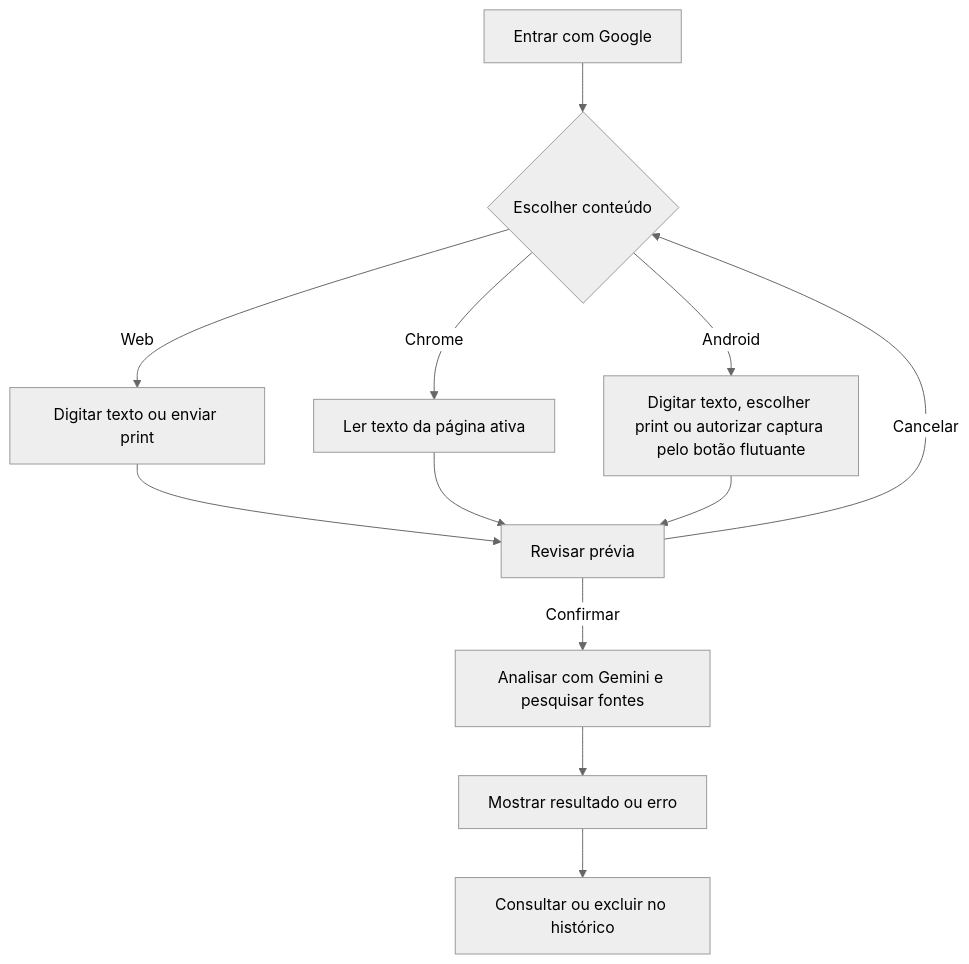
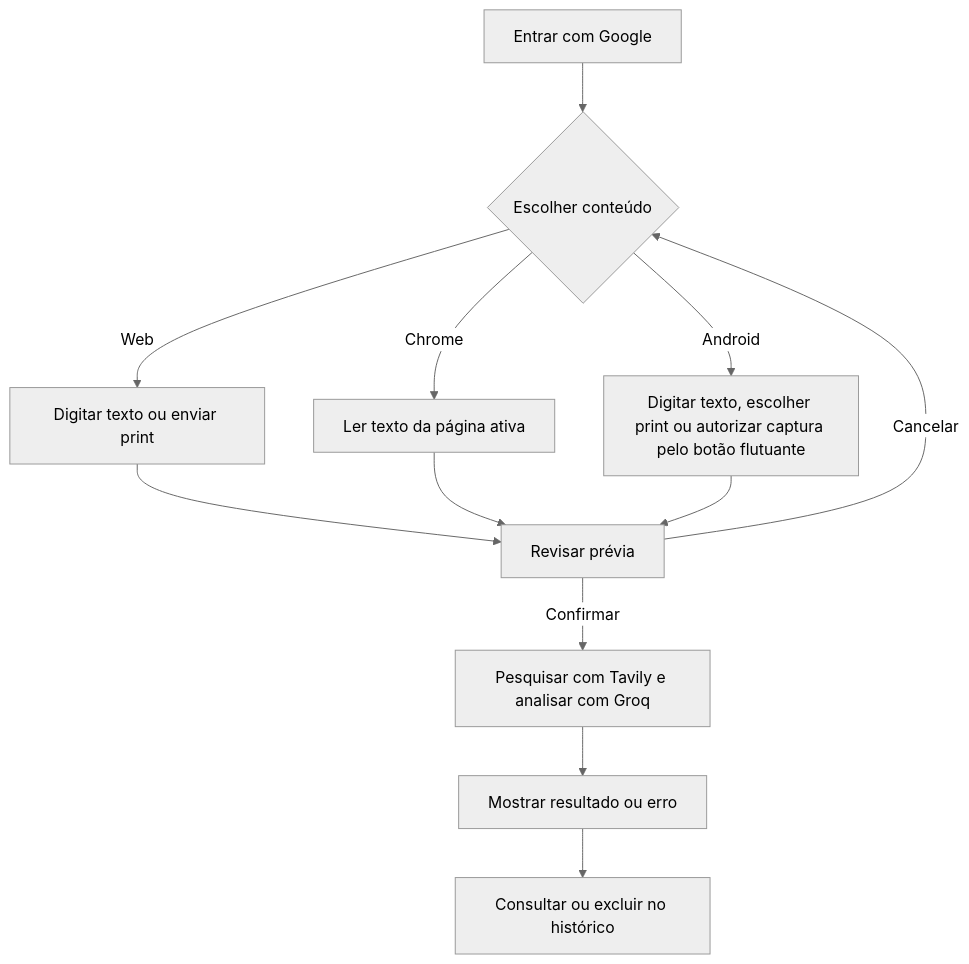
The diagram in docs/REQUISITOS_E_PROTOTIPAGEM.md (Muski360/AutenticAI), drawn with Mermaid (neutral theme) before and after one commit. The commit also changed 43 other files, not shown here.

````diff
--- a/docs/REQUISITOS_E_PROTOTIPAGEM.md
+++ b/docs/REQUISITOS_E_PROTOTIPAGEM.md
@@ -9,14 +9,14 @@
 ```mermaid
 flowchart TD
     A[Entrar com Google] --> B{Escolher conteúdo}
     B -->|Web| C[Digitar texto ou enviar print]
     B -->|Chrome| D[Ler texto da página ativa]
     B -->|Android| E[Digitar texto, escolher print ou autorizar captura pelo botão flutuante]
     C --> F[Revisar prévia]
     D --> F
     E --> F
-    F -->|Confirmar| G[Analisar com Gemini e pesquisar fontes]
+    F -->|Confirmar| G[Pesquisar com Tavily e analisar com Groq]
     F -->|Cancelar| B
     G --> H[Mostrar resultado ou erro]
     H --> I[Consultar ou excluir no histórico]
 ```
````
